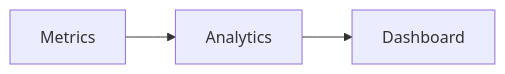
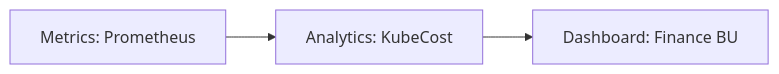
One commit to Devopstrio/hybrid-kubernetes-pattern changed the tenth of 30 diagrams in README.md. Above: the diagram before and after it, drawn with Mermaid. The commit also changed other lines of this file, not shown here.

Commit message:
docs: finalize premium institutional-grade README with 30+ diagrams and executive summary

````diff
--- a/README.md
+++ b/README.md
@@ -114,5 +157,5 @@
 ```mermaid
 graph LR
-    M[Metrics] --> A[Analytics]
-    A --> D[Dashboard]
+    M[Metrics: Prometheus] --> A[Analytics: KubeCost]
+    A --> D[Dashboard: Finance BU]
 ```
````
